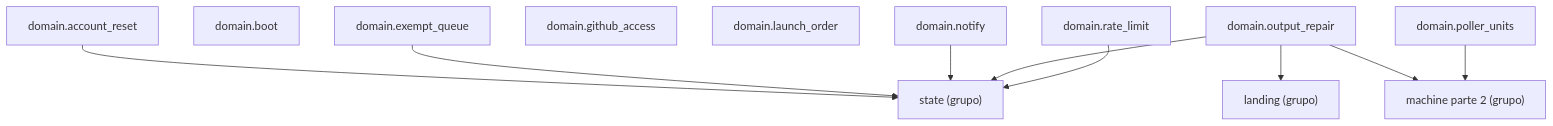
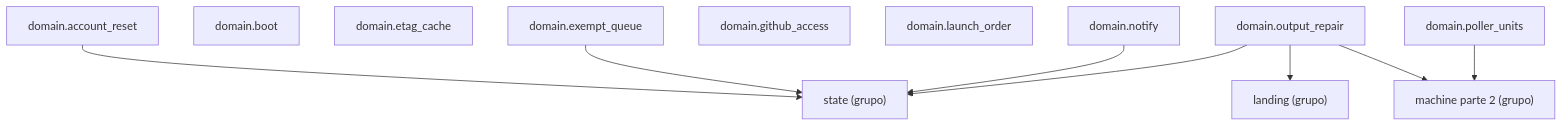
One commit to GonzaloZevallos/agentic-system changed the diagram in docs/architecture/generated/packages-process-domain-machine-1.md. Above: the diagram before and after it, drawn with Mermaid. The commit also changed 22 other files, not shown here.

First line of the commit message:
Split an adapter kind's package page by count when it is over the diagram budget; register GithubCache in the conformance inventory

````diff
--- a/docs/architecture/generated/packages-process-domain-machine-1.md
+++ b/docs/architecture/generated/packages-process-domain-machine-1.md
@@ -13,23 +13,22 @@
 ```mermaid
 graph TD
     g_domain__landing["landing (grupo)"]
     g_domain__machine__2["machine parte 2 (grupo)"]
     g_domain__state["state (grupo)"]
     m_domain__account_reset["domain.account_reset"]
     m_domain__boot["domain.boot"]
+    m_domain__etag_cache["domain.etag_cache"]
     m_domain__exempt_queue["domain.exempt_queue"]
     m_domain__github_access["domain.github_access"]
     m_domain__launch_order["domain.launch_order"]
     m_domain__notify["domain.notify"]
     m_domain__output_repair["domain.output_repair"]
     m_domain__poller_units["domain.poller_units"]
-    m_domain__rate_limit["domain.rate_limit"]
     m_domain__account_reset --> g_domain__state
     m_domain__exempt_queue --> g_domain__state
     m_domain__notify --> g_domain__state
     m_domain__output_repair --> g_domain__landing
     m_domain__output_repair --> g_domain__machine__2
     m_domain__output_repair --> g_domain__state
     m_domain__poller_units --> g_domain__machine__2
-    m_domain__rate_limit --> g_domain__state
 ```
````
